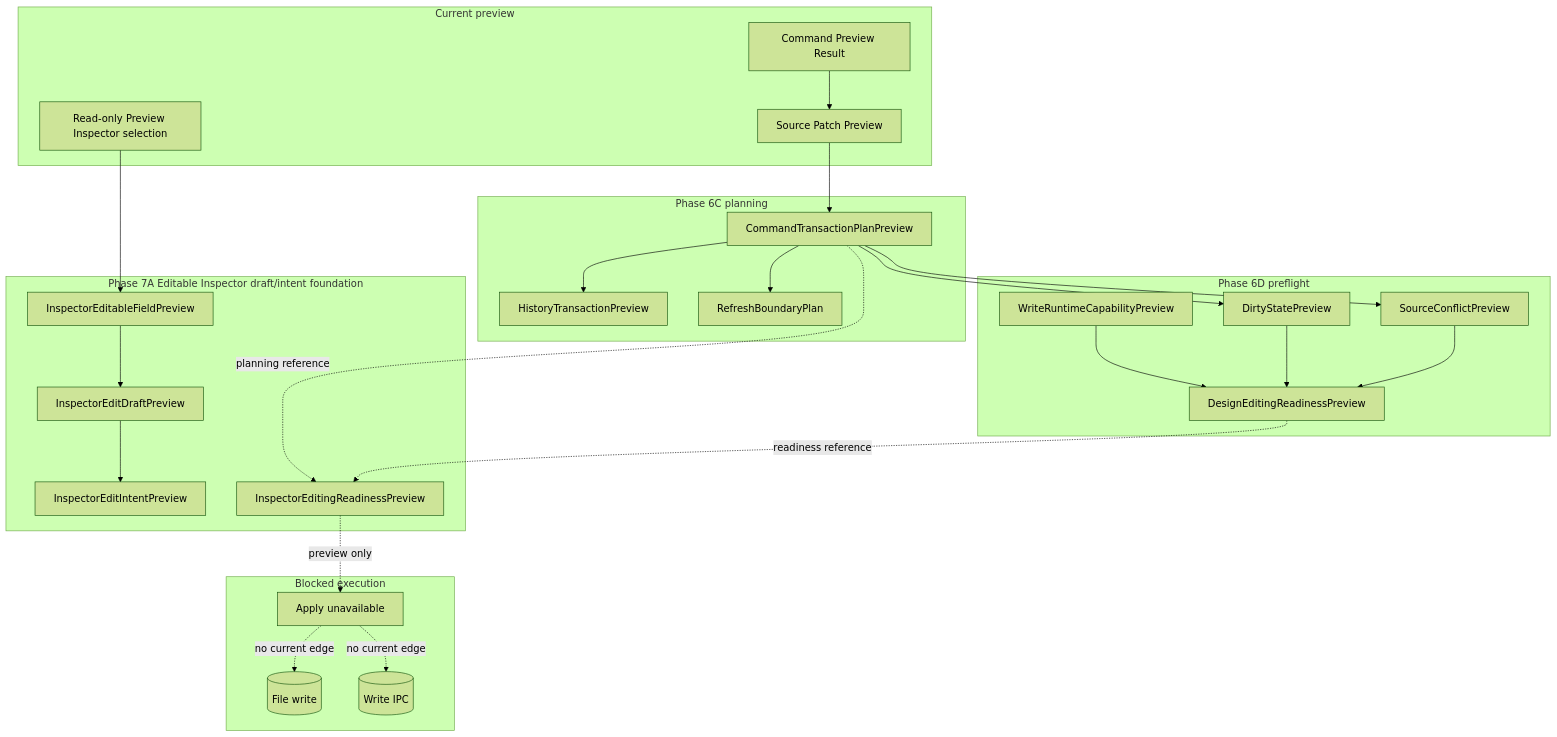
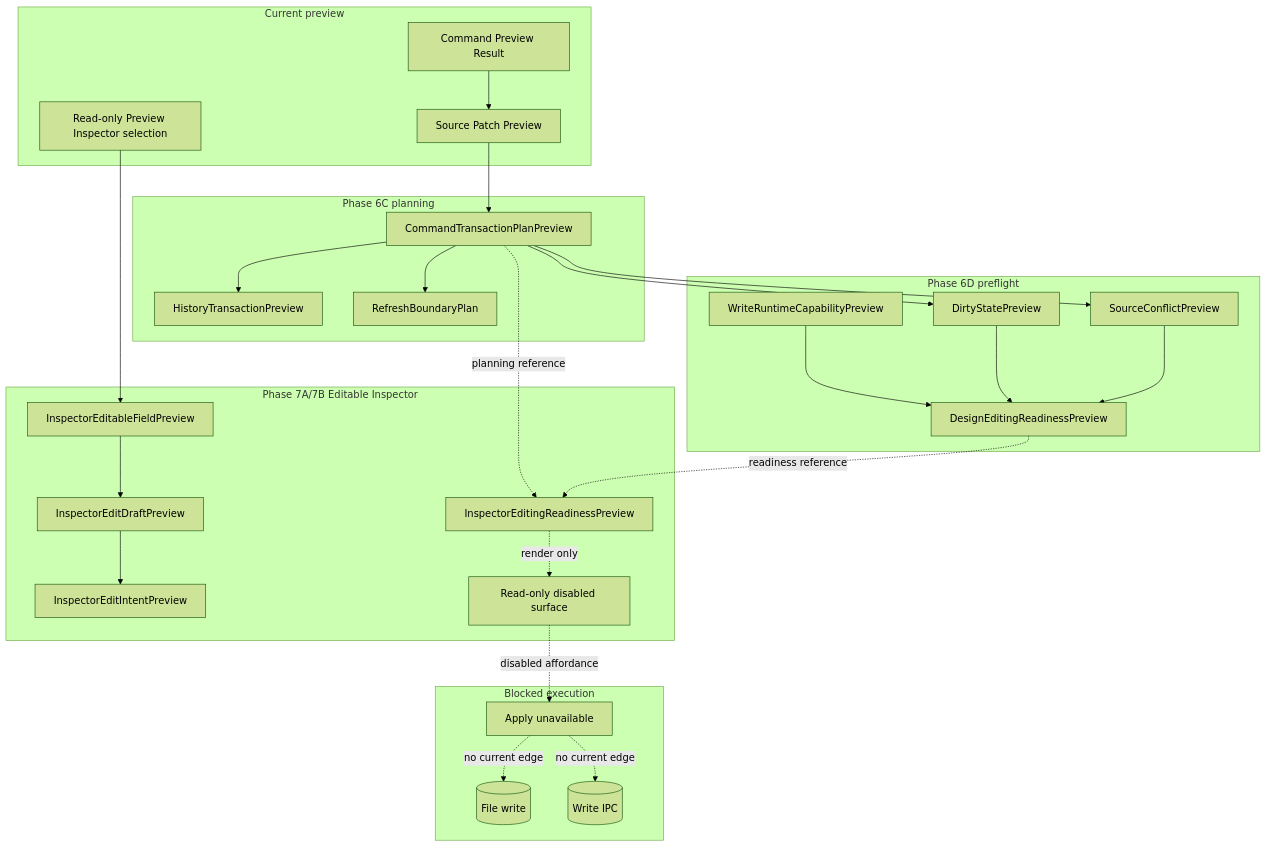
One commit to krestosa/Crystal changed the diagram in docs/architecture/commands/future-command-execution.md. Above: the diagram before and after it, drawn with Mermaid (forest theme). The commit also changed other lines of this file, not shown here.

Commit message:
Document editable inspector surface command boundary

````diff
--- a/docs/architecture/commands/future-command-execution.md
+++ b/docs/architecture/commands/future-command-execution.md
@@ -93,49 +100,51 @@
 ```mermaid
 flowchart TD
   subgraph Preview[Current preview]
     Command[Command Preview Result]
     Patch[Source Patch Preview]
     Selection[Read-only Preview Inspector selection]
   end
 
   subgraph Planning[Phase 6C planning]
     Plan[CommandTransactionPlanPreview]
     History[HistoryTransactionPreview]
     Refresh[RefreshBoundaryPlan]
   end
 
   subgraph Preflight[Phase 6D preflight]
     Dirty[DirtyStatePreview]
     Conflict[SourceConflictPreview]
     Runtime[WriteRuntimeCapabilityPreview]
     Ready[DesignEditingReadinessPreview]
   end
 
-  subgraph Inspector[Phase 7A Editable Inspector draft/intent foundation]
+  subgraph Inspector[Phase 7A/7B Editable Inspector]
     Field[InspectorEditableFieldPreview]
     Draft[InspectorEditDraftPreview]
     Intent[InspectorEditIntentPreview]
     InspectorReady[InspectorEditingReadinessPreview]
+    Surface[Read-only disabled surface]
   end
 
   subgraph Blocked[Blocked execution]
     Apply[Apply unavailable]
     Write[(File write)]
     Ipc[(Write IPC)]
   end
 
   Command --> Patch --> Plan
   Plan --> History
   Plan --> Refresh
   Plan --> Dirty
   Plan --> Conflict
   Runtime --> Ready
   Dirty --> Ready
   Conflict --> Ready
   Selection --> Field --> Draft --> Intent
   Plan -. planning reference .-> InspectorReady
   Ready -. readiness reference .-> InspectorReady
-  InspectorReady -. preview only .-> Apply
+  InspectorReady -. render only .-> Surface
+  Surface -. disabled affordance .-> Apply
   Apply -. no current edge .-> Write
   Apply -. no current edge .-> Ipc
 ```
````
